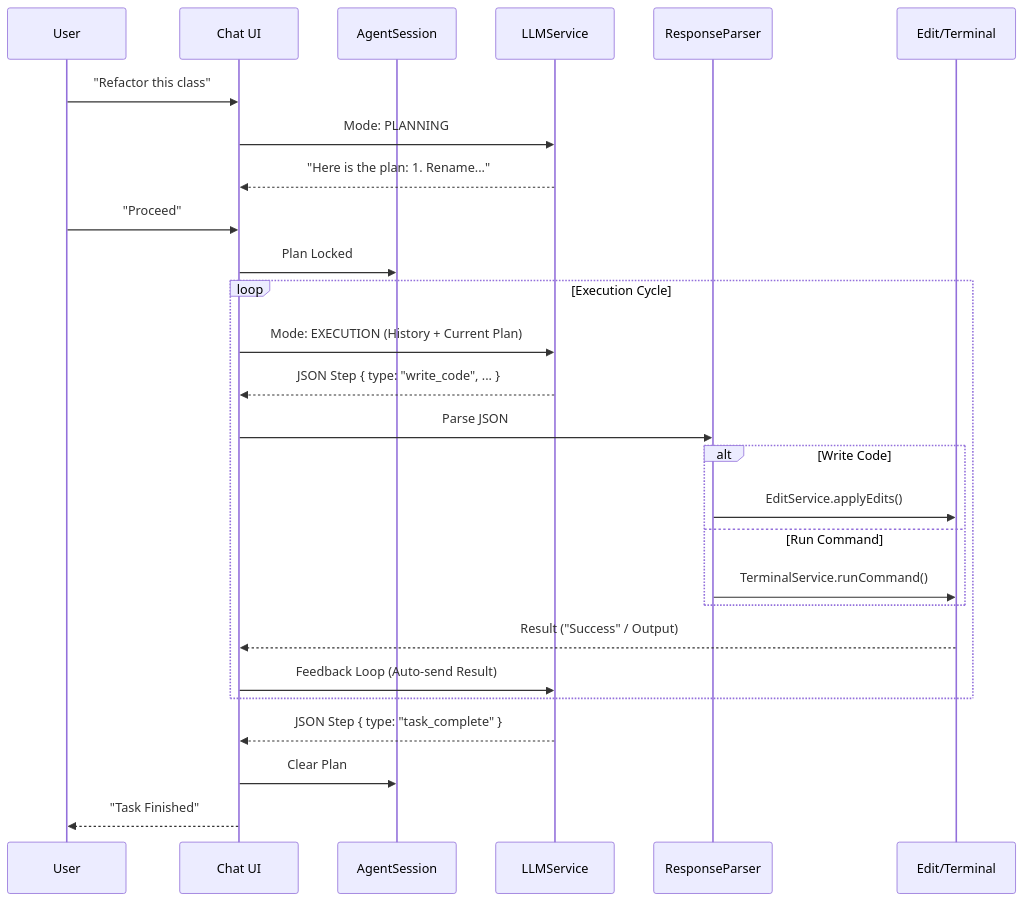
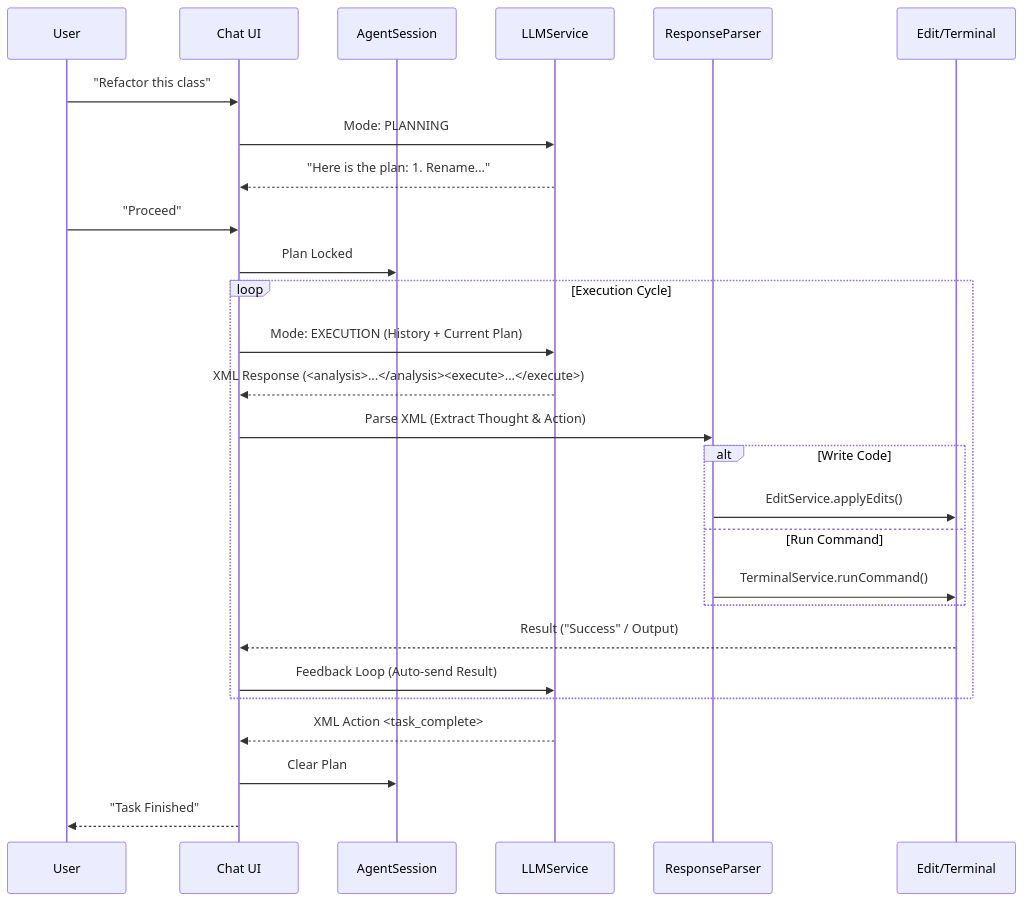
The second of 2 diagrams in README.md (xangcastle/ronin), drawn with Mermaid before and after one commit. The commit also changed other lines of this file and 11 other files, not shown here.

Commit message:
Refactor services to use RoninConfigService for context retrieval, enhance EditService with line-based editing capabilities, and implement XML-based command execution in ResponseParser.

````diff
--- a/README.md
+++ b/README.md
@@ -106,36 +108,36 @@
 ```mermaid
 sequenceDiagram
     participant User
     participant UI as Chat UI
     participant Agent as AgentSession
     participant LLM as LLMService
     participant Parser as ResponseParser
     participant Tools as Edit/Terminal
 
     User->>UI: "Refactor this class"
     UI->>LLM: Mode: PLANNING
     LLM-->>UI: "Here is the plan: 1. Rename..."
     
     User->>UI: "Proceed"
     UI->>Agent: Plan Locked
     
     loop Execution Cycle
         UI->>LLM: Mode: EXECUTION (History + Current Plan)
-        LLM-->>UI: JSON Step { type: "write_code", ... }
+        LLM-->>UI: XML Response (<analysis>...</analysis><execute>...</execute>)
         
-        UI->>Parser: Parse JSON
+        UI->>Parser: Parse XML (Extract Thought & Action)
         
         alt Write Code
             Parser->>Tools: EditService.applyEdits()
         else Run Command
             Parser->>Tools: TerminalService.runCommand()
         end
         
         Tools-->>UI: Result ("Success" / Output)
         UI->>LLM: Feedback Loop (Auto-send Result)
     end
     
-    LLM-->>UI: JSON Step { type: "task_complete" }
+    LLM-->>UI: XML Action <task_complete>
     UI->>Agent: Clear Plan
     UI-->>User: "Task Finished"
 ```
````
